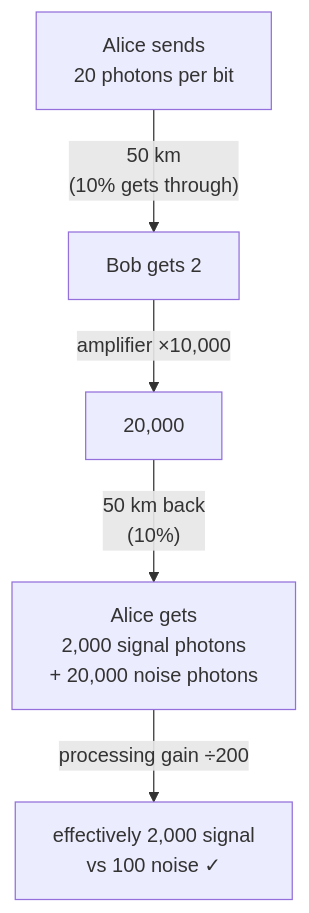
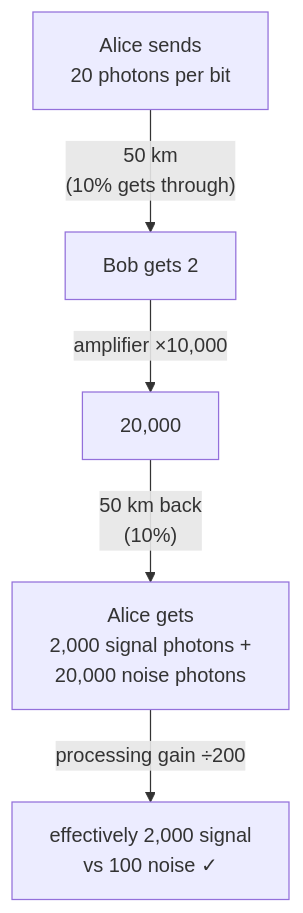
The third of 3 diagrams in Course 3/Week 2/QKD in practice/Floodlight QKD.md (ArhamAkhtarAlam/mitxpro-my-notes), drawn with Mermaid before and after one commit. The commit also changed 38 other files, not shown here.

````diff
--- a/Course 3/Week 2/QKD in practice/Floodlight QKD.md
+++ b/Course 3/Week 2/QKD in practice/Floodlight QKD.md
@@ -43,4 +43,4 @@
 ```mermaid
 flowchart TD
-    A["Alice sends<br/>20 photons per bit"] -- "50 km<br/>(10% gets through)" --> B["Bob gets 2"] -- "amplifier ×10,000" --> C["20,000"] -- "50 km back<br/>(10%)" --> D["Alice gets<br/>2,000 signal photons<br/>+ 20,000 noise photons"] -- "processing gain ÷200" --> E["effectively 2,000 signal<br/>vs 100 noise ✓"]
+    A["Alice sends<br/>20 photons per bit"] -- "50 km<br/>(10% gets through)" --> B["Bob gets 2"] -- "amplifier ×10,000" --> C["20,000"] -- "50 km back<br/>(10%)" --> D["Alice gets<br/>2,000 signal photons +<br/>20,000 noise photons"] -- "processing gain ÷200" --> E["effectively 2,000 signal<br/>vs 100 noise ✓"]
 ```
````
